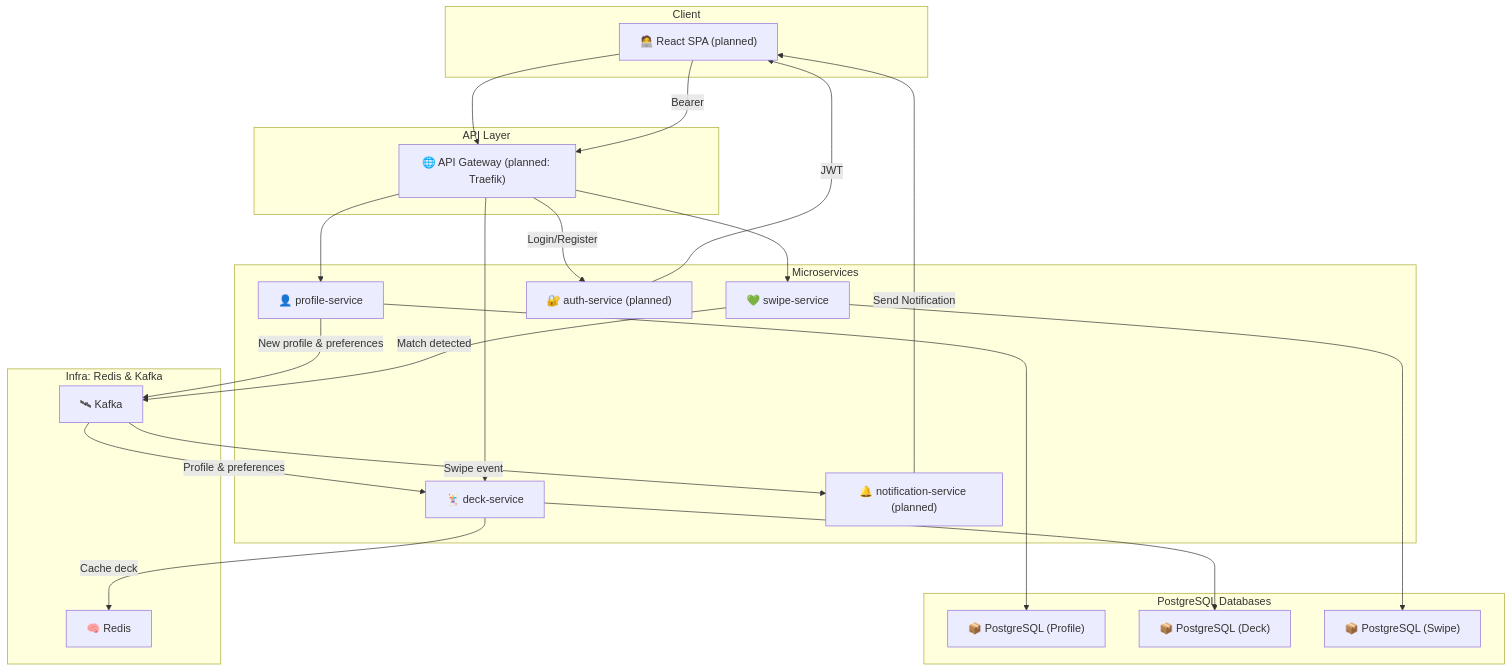
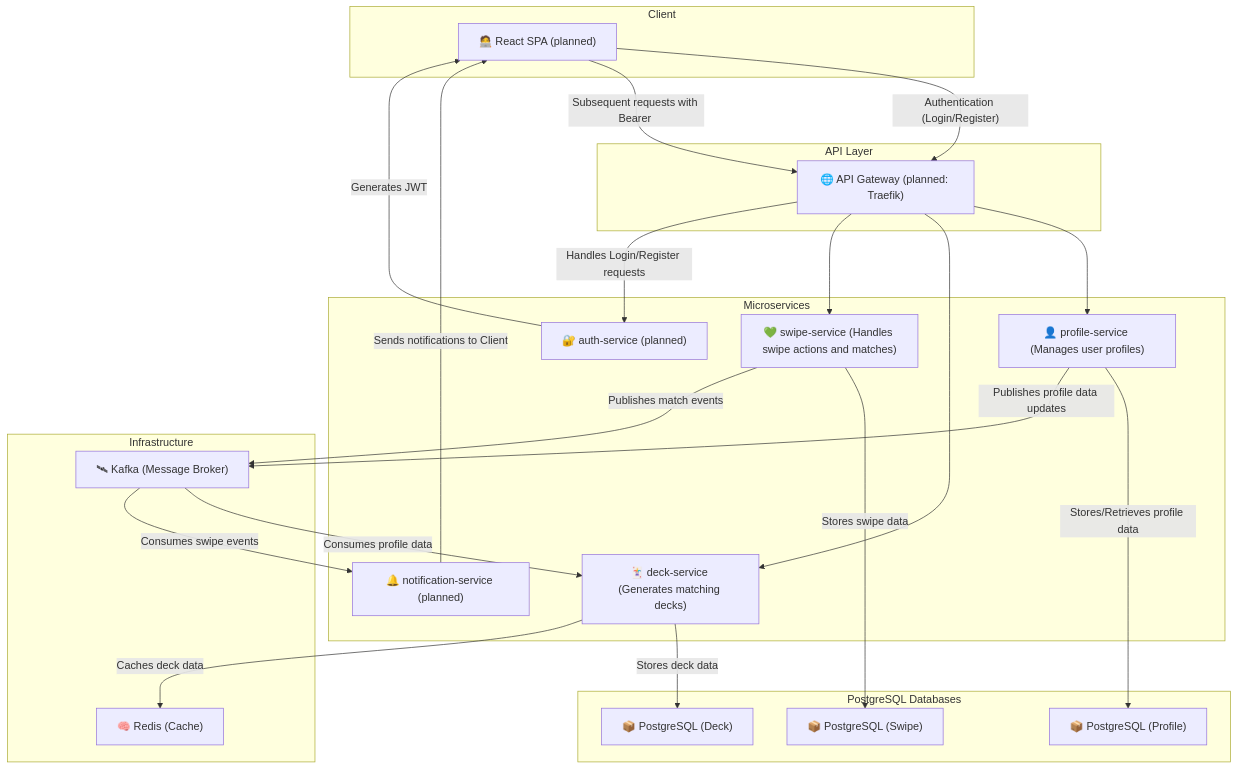
One commit to Nakakakilig/my_tinder_clone changed the diagram in README.md. Above: the diagram before and after it, drawn with Mermaid.

Commit message:
docs: enhance README with detailed descriptions of microservices and infrastructure components, improving clarity on system architecture and interactions.

````diff
--- a/README.md
+++ b/README.md
@@ -62,52 +62,52 @@
 ```mermaid
 flowchart TD
     subgraph Client["Client"]
         A1["🧑‍💻 React SPA (planned)"]
     end
 
     subgraph APILayer["API Layer"]
         GW["🌐 API Gateway (planned: Traefik)"]
     end
 
     subgraph Services["Microservices"]
-        Profile["👤 profile-service"]
-        Deck["🃏 deck-service"]
-        Swipe["💚 swipe-service"]
+        Profile["👤 profile-service (Manages user profiles)"]
+        Deck["🃏 deck-service (Generates matching decks)"]
+        Swipe["💚 swipe-service (Handles swipe actions and matches)"]
         Auth["🔐 auth-service (planned)"]
         Notification["🔔 notification-service (planned)"]
     end
 
     subgraph DB["PostgreSQL Databases"]
         DB1["📦 PostgreSQL (Profile)"]
         DB2["📦 PostgreSQL (Deck)"]
         DB3["📦 PostgreSQL (Swipe)"]
     end
 
-    subgraph Infra["Infra: Redis & Kafka"]
-        Redis["🧠 Redis"]
-        Kafka["🛰 Kafka"]
+    subgraph Infra["Infrastructure"]
+        Redis["🧠 Redis (Cache)"]
+        Kafka["🛰 Kafka (Message Broker)"]
     end
 
-    A1 --> GW
-
-    GW -- "Login/Register" --> Auth
-    Auth -- "JWT" --> A1
-    A1 -- "Bearer <JWT>" --> GW
+    A1 --Authentication (Login/Register)--> GW
+    Auth --Generates JWT--> A1
+    A1 --Subsequent requests with Bearer <JWT>--> GW
 
     GW --> Profile
     GW --> Deck
     GW --> Swipe
 
-    Profile --> DB1
-    Profile -- "New profile & preferences" --> Kafka
+    GW --Handles Login/Register requests--> Auth
 
-    Deck --> DB2
-    Deck -- "Cache deck" --> Redis
-    Kafka -- "Profile & preferences" --> Deck
+    Profile --Stores/Retrieves profile data--> DB1
+    Profile --Publishes profile data updates--> Kafka
 
-    Swipe --> DB3
-    Swipe -- "Match detected" --> Kafka
+    Deck --Stores deck data--> DB2
+    Deck --Caches deck data--> Redis
+    Kafka --Consumes profile data--> Deck
 
-    Kafka -- "Swipe event" --> Notification
-    Notification -- "Send Notification" --> A1
+    Swipe --Stores swipe data--> DB3
+    Swipe --Publishes match events--> Kafka
+
+    Kafka --Consumes swipe events--> Notification
+    Notification --Sends notifications to Client--> A1
 ```
````
